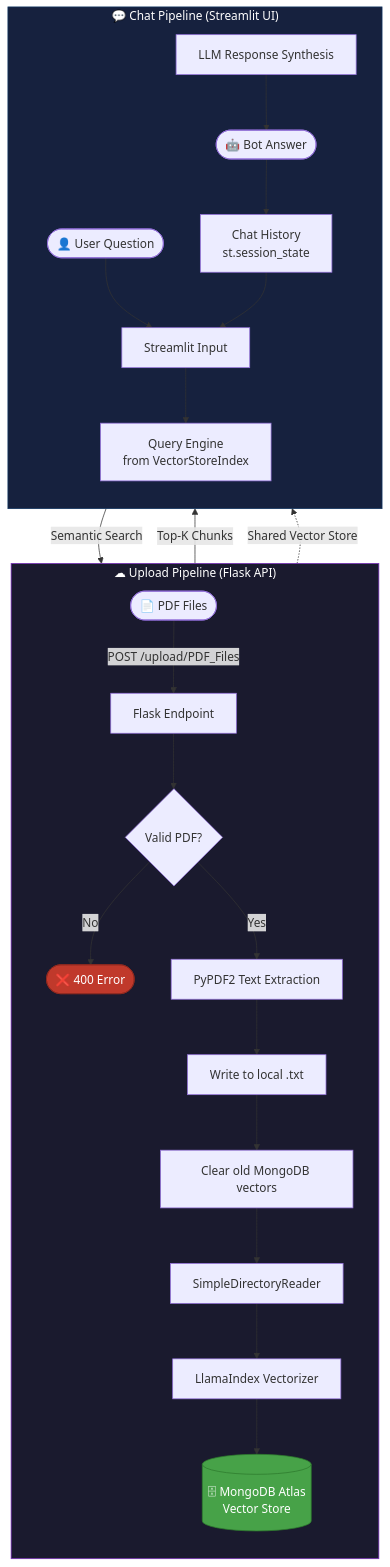
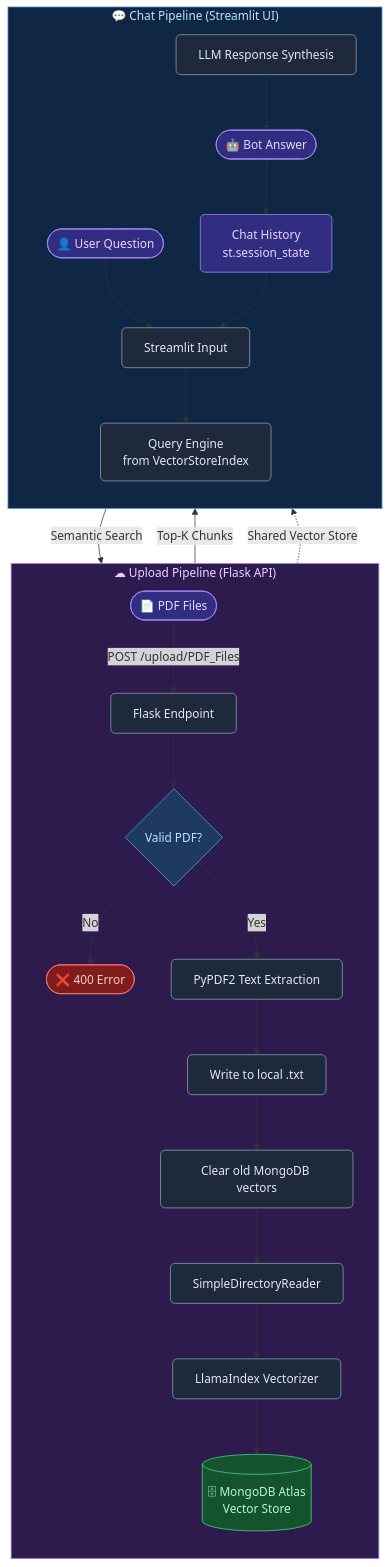
Before and after one commit to Sanjeevi1997/chatBot: the diagram in README.md, drawn with Mermaid.

Commit message:
Update Mermaid diagram with pleasant light color palette

````diff
--- a/README.md
+++ b/README.md
@@ -75,33 +75,45 @@
 ```mermaid
 flowchart TD
     subgraph UPLOAD ["☁ Upload Pipeline (Flask API)"]
         direction TB
         A([📄 PDF Files]) -->|POST /upload/PDF_Files| B[Flask Endpoint]
         B --> C{Valid PDF?}
         C -->|No| D([❌ 400 Error])
         C -->|Yes| E[PyPDF2 Text Extraction]
         E --> F[Write to local .txt]
         F --> G[Clear old MongoDB vectors]
         G --> H[SimpleDirectoryReader]
         H --> I[LlamaIndex Vectorizer]
         I --> J[(🗄 MongoDB Atlas\nVector Store)]
     end
 
     subgraph CHAT ["💬 Chat Pipeline (Streamlit UI)"]
         direction TB
         K([👤 User Question]) --> L[Streamlit Input]
         L --> M[Query Engine\nfrom VectorStoreIndex]
         M -->|Semantic Search| J
         J -->|Top-K Chunks| N[LLM Response Synthesis]
         N --> O([🤖 Bot Answer])
         O --> P[Chat History\nst.session_state]
         P --> L
     end
 
     J -.->|Shared Vector Store| M
 
-    style UPLOAD fill:#1a1a2e,stroke:#7b2fbe,color:#fff
-    style CHAT fill:#16213e,stroke:#0f3460,color:#fff
-    style J fill:#47A248,stroke:#2d7a2d,color:#fff
-    style D fill:#c0392b,stroke:#922b21,color:#fff
+    style UPLOAD fill:#2d1b4e,stroke:#a78bfa,color:#e9d5ff
+    style CHAT fill:#0f2744,stroke:#60a5fa,color:#bae6fd
+    style J fill:#14532d,stroke:#4ade80,color:#bbf7d0
+    style D fill:#7f1d1d,stroke:#f87171,color:#fecaca
+
+    classDef default fill:#1e293b,stroke:#94a3b8,color:#e2e8f0,rx:6
+    classDef decision fill:#1e3a5f,stroke:#60a5fa,color:#bae6fd
+    classDef terminal fill:#312e81,stroke:#a78bfa,color:#e9d5ff
+    classDef error fill:#7f1d1d,stroke:#f87171,color:#fecaca
+    classDef store fill:#14532d,stroke:#4ade80,color:#bbf7d0
+
+    class A,K terminal
+    class C decision
+    class D error
+    class J store
+    class O,P terminal
 ```
````
